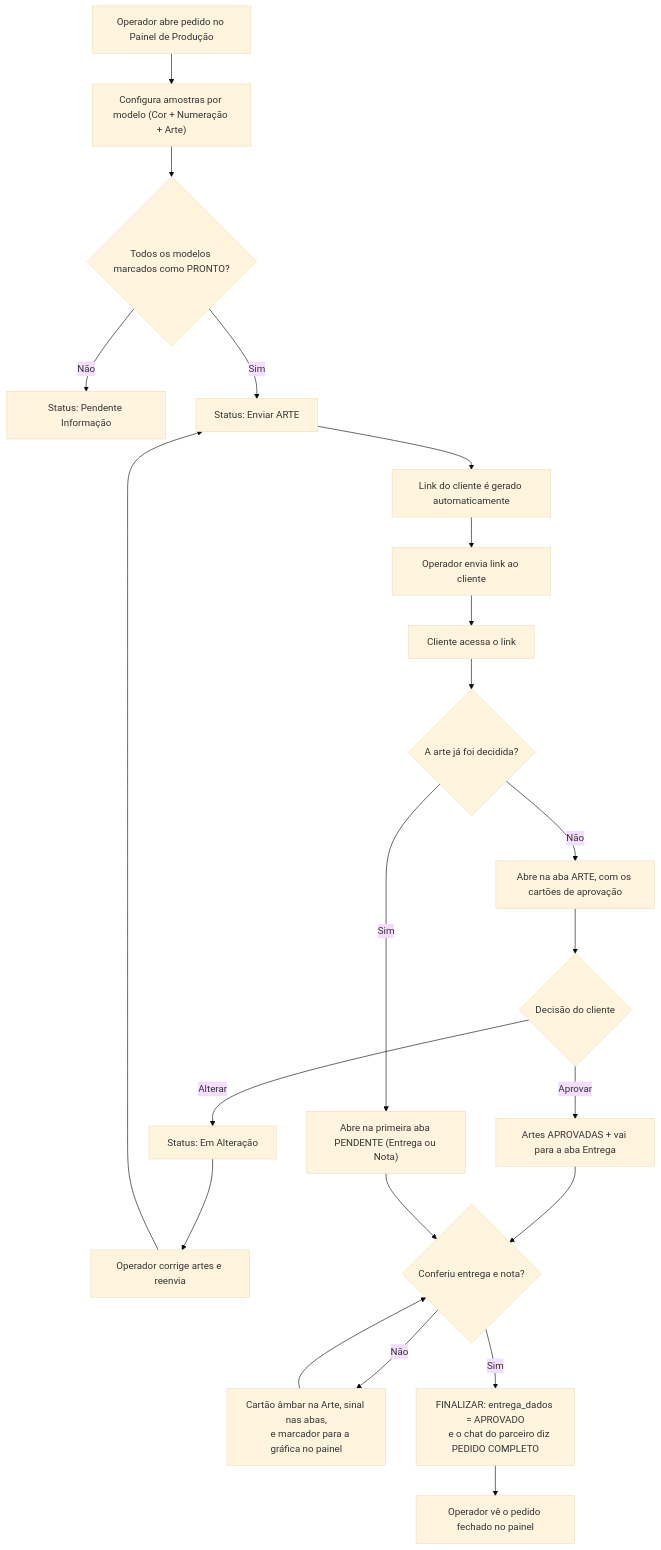
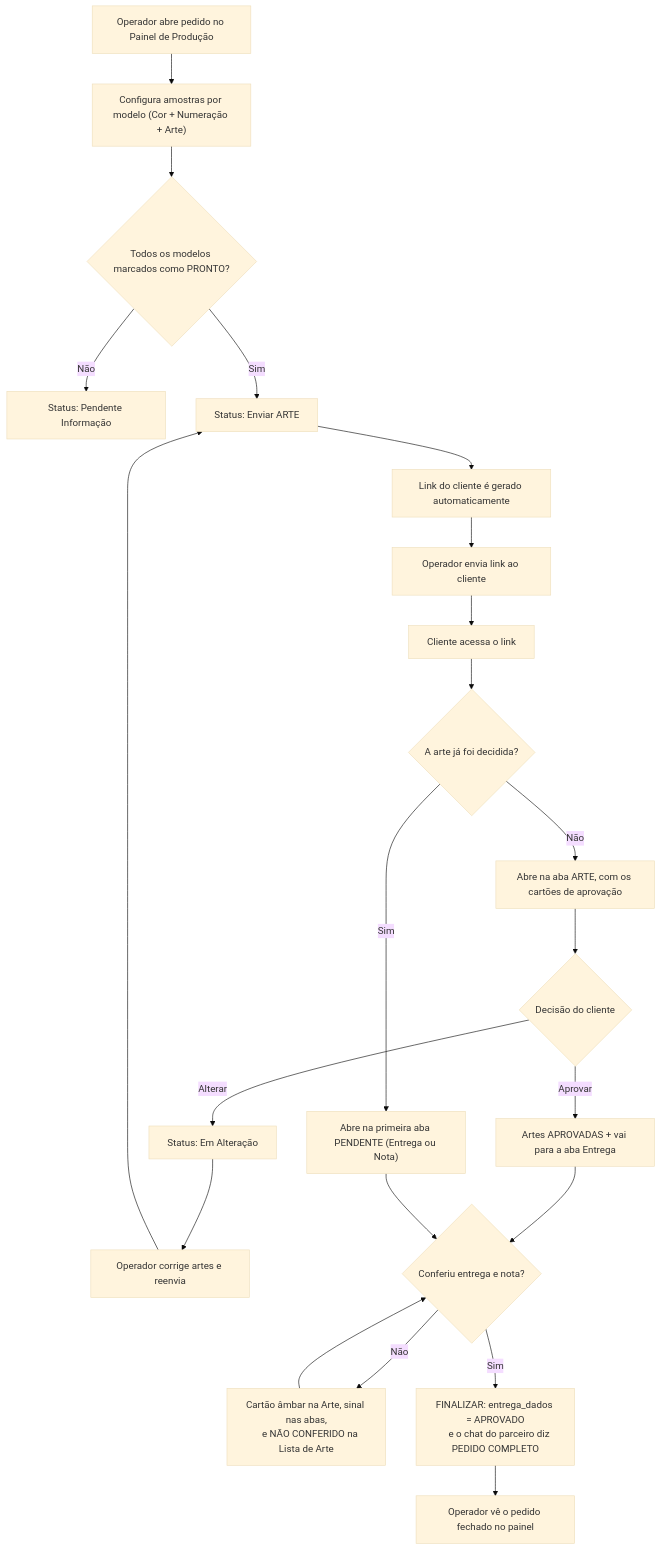
One commit to ingressoideal1-gif/imposicao changed the first of 2 diagrams in docs/fluxo_aprovacao_arte.md. Above: the diagram before and after it, drawn with Mermaid (base theme). The commit also changed other lines of this file and 2 other files, not shown here.

First line of the commit message:
fix(painel de producao): sai o selo "DADOS NAO CONFERIDOS PELO CLIENTE" da linha do pedido

````diff
--- a/docs/fluxo_aprovacao_arte.md
+++ b/docs/fluxo_aprovacao_arte.md
@@ -11,26 +11,26 @@
 ```mermaid
 flowchart TD
     A["Operador abre pedido no Painel de Produção"] --> B["Configura amostras por modelo (Cor + Numeração + Arte)"]
     B --> C{"Todos os modelos marcados como PRONTO?"}
     C -- Não --> D["Status: Pendente Informação"]
     C -- Sim --> E["Status: Enviar ARTE"]
     E --> F["Link do cliente é gerado automaticamente"]
     F --> G["Operador envia link ao cliente"]
     G --> H["Cliente acessa o link"]
     H --> I{"A arte já foi decidida?"}
     I -- Não --> J["Abre na aba ARTE, com os cartões de aprovação"]
     I -- Sim --> Q["Abre na primeira aba PENDENTE (Entrega ou Nota)"]
     J --> L{"Decisão do cliente"}
     L -- Aprovar --> M["Artes APROVADAS + vai para a aba Entrega"]
     L -- Alterar --> N["Status: Em Alteração"]
     N --> P["Operador corrige artes e reenvia"]
     P --> E
     M --> R{"Conferiu entrega e nota?"}
     Q --> R
     R -- Não --> S["Cartão âmbar na Arte, sinal nas abas,
-    e marcador para a gráfica no painel"]
+    e NÃO CONFERIDO na Lista de Arte"]
     S --> R
     R -- Sim --> T["FINALIZAR: entrega_dados = APROVADO
     e o chat do parceiro diz PEDIDO COMPLETO"]
     T --> O["Operador vê o pedido fechado no painel"]
 ```
````
